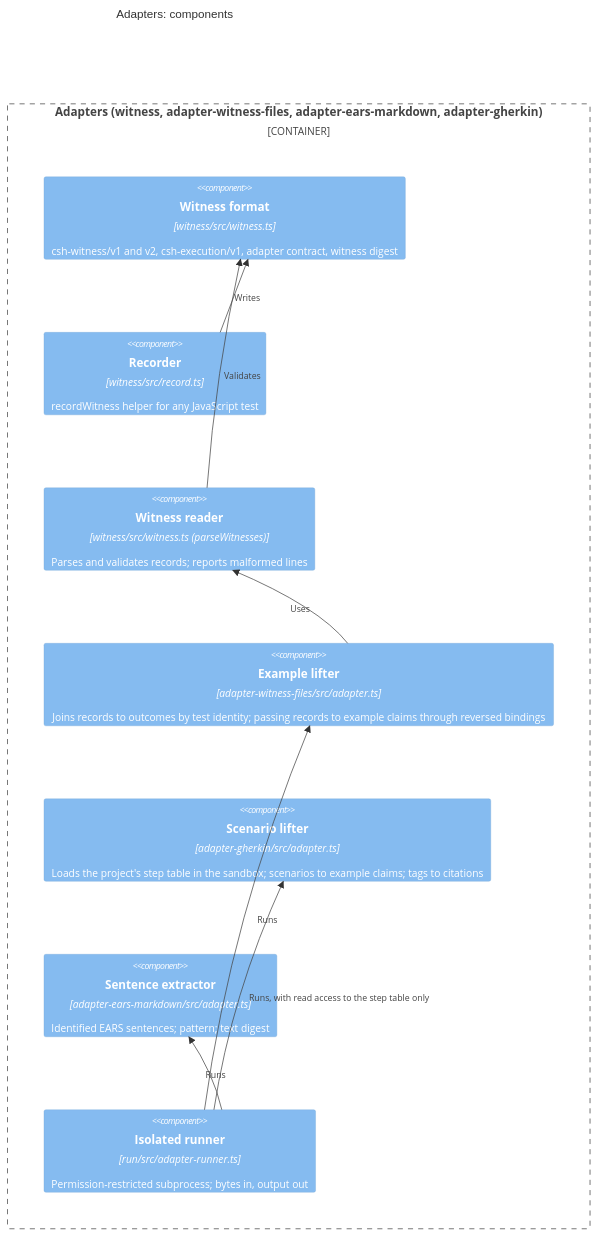
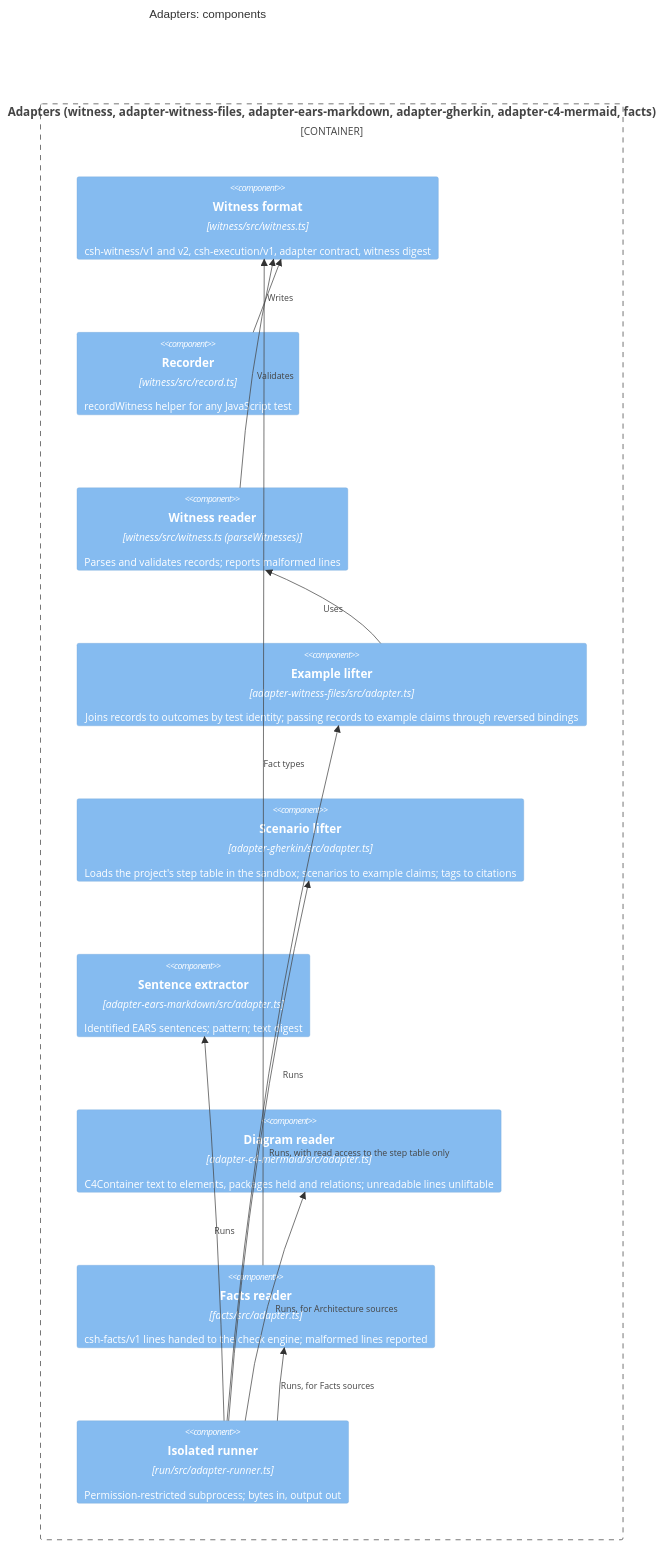
Before and after one commit to lgriffin/CSH: the diagram in docs/architecture/components-adapters.mmd, drawn with Mermaid. The commit also changed 74 other files, not shown here.

First line of the commit message:
Stage 18: checked C4 (architecture rules, the diagram and the facts)

```diff
--- a/docs/architecture/components-adapters.mmd
+++ b/docs/architecture/components-adapters.mmd
@@ -1,18 +1,23 @@
 %% C4 level 3: components of the adapters container.
 C4Component
   title Adapters: components
-  Container_Boundary(ad, "Adapters (witness, adapter-witness-files, adapter-ears-markdown, adapter-gherkin)") {
+  Container_Boundary(ad, "Adapters (witness, adapter-witness-files, adapter-ears-markdown, adapter-gherkin, adapter-c4-mermaid, facts)") {
     Component(format, "Witness format", "witness/src/witness.ts", "csh-witness/v1 and v2, csh-execution/v1, adapter contract, witness digest")
     Component(recorder, "Recorder", "witness/src/record.ts", "recordWitness helper for any JavaScript test")
     Component(reader, "Witness reader", "witness/src/witness.ts (parseWitnesses)", "Parses and validates records; reports malformed lines")
     Component(lifter, "Example lifter", "adapter-witness-files/src/adapter.ts", "Joins records to outcomes by test identity; passing records to example claims through reversed bindings")
     Component(scenarios, "Scenario lifter", "adapter-gherkin/src/adapter.ts", "Loads the project's step table in the sandbox; scenarios to example claims; tags to citations")
     Component(extractor, "Sentence extractor", "adapter-ears-markdown/src/adapter.ts", "Identified EARS sentences; pattern; text digest")
+    Component(diagram, "Diagram reader", "adapter-c4-mermaid/src/adapter.ts", "C4Container text to elements, packages held and relations; unreadable lines unliftable")
+    Component(facts, "Facts reader", "facts/src/adapter.ts", "csh-facts/v1 lines handed to the check engine; malformed lines reported")
     Component(runner, "Isolated runner", "run/src/adapter-runner.ts", "Permission-restricted subprocess; bytes in, output out")
   }
   Rel(recorder, format, "Writes")
   Rel(reader, format, "Validates")
   Rel(lifter, reader, "Uses")
   Rel(runner, lifter, "Runs")
   Rel(runner, extractor, "Runs")
   Rel(runner, scenarios, "Runs, with read access to the step table only")
+  Rel(runner, diagram, "Runs, for Architecture sources")
+  Rel(runner, facts, "Runs, for Facts sources")
+  Rel(facts, format, "Fact types")
```
